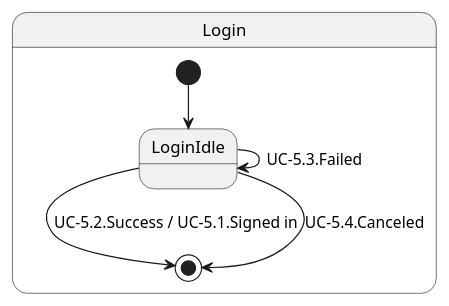
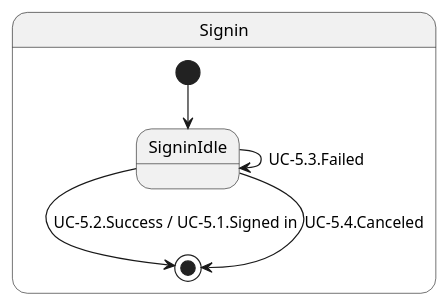
The diagram in web/doc/state_chart/signin.pu (azarashin/Word2VecSOM), drawn with PlantUML before and after one commit. The commit also changed 1 other file, not shown here.

```diff
--- a/web/doc/state_chart/signin.pu
+++ b/web/doc/state_chart/signin.pu
@@ -1,12 +1,13 @@
 @startuml
 
-state Login {
-    [*] --> LoginIdle
-    LoginIdle --> LoginIdle : UC-5.3.Failed
-    LoginIdle --> [*] : UC-5.2.Success / UC-5.1.Signed in
-    LoginIdle --> [*] : UC-5.4.Canceled
+state Signin {
+    [*] --> SigninIdle
+    SigninIdle --> SigninIdle : UC-5.3.Failed
+    SigninIdle --> [*] : UC-5.2.Success / UC-5.1.Signed in
+    SigninIdle --> [*] : UC-5.4.Canceled
     
 }
 
 
+
 @enduml
```
